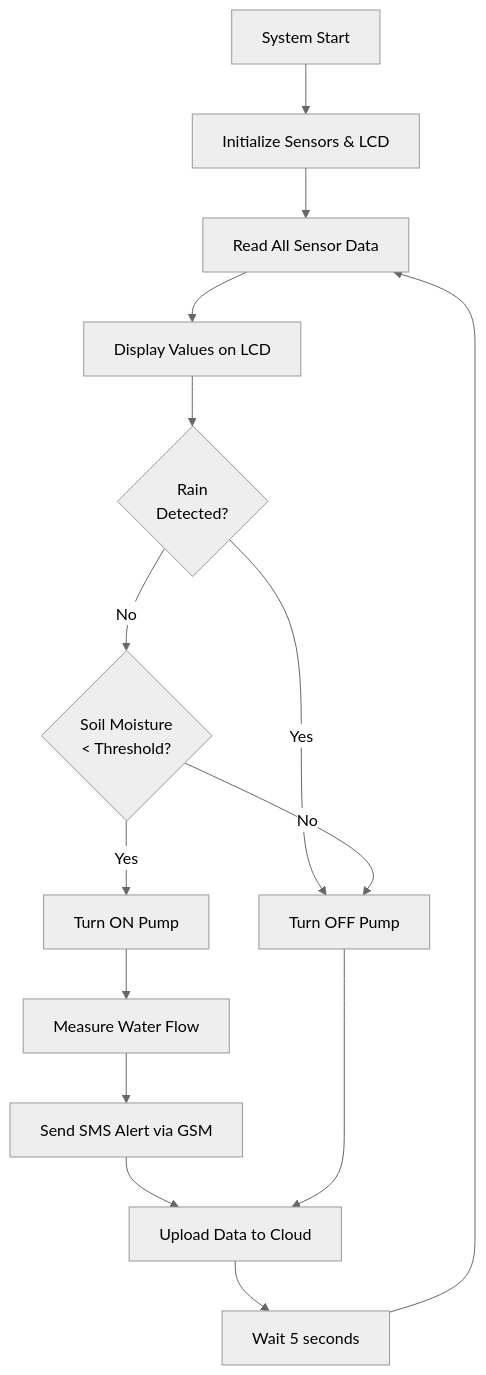
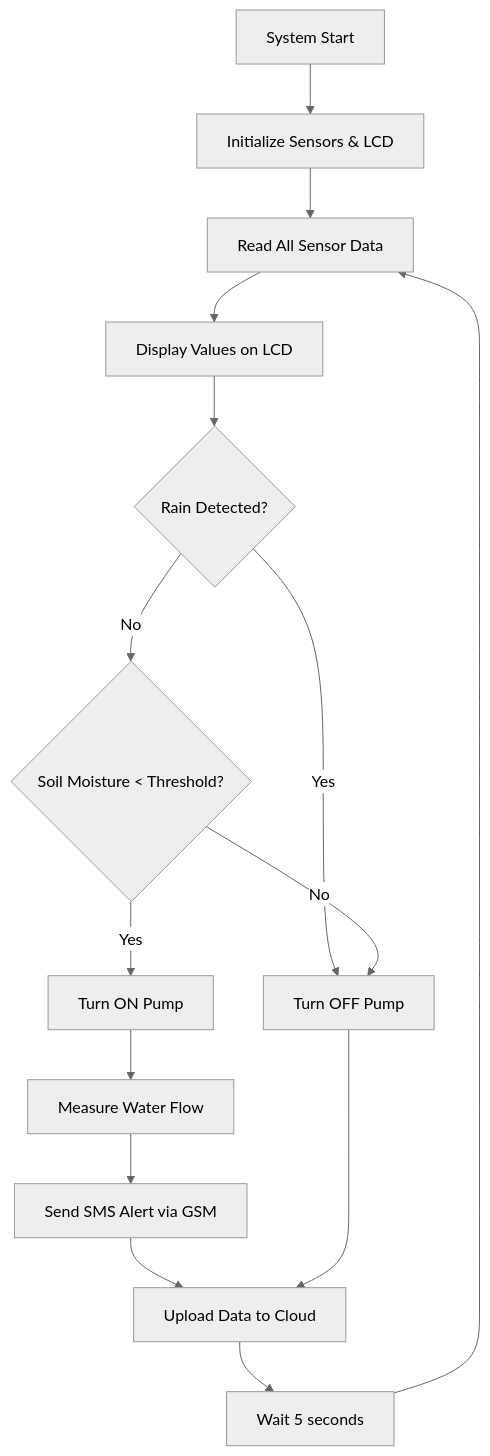
The second of 2 diagrams in README.md (anantsrivastava23/smart-irrigation-esp32), drawn with Mermaid (neutral theme) before and after one commit. The commit also changed other lines of this file, not shown here.

````diff
--- a/README.md
+++ b/README.md
@@ -66,17 +52,17 @@
 ```mermaid
 flowchart TD
     Start[System Start] --> Init[Initialize Sensors & LCD]
     Init --> Read[Read All Sensor Data]
     Read --> Display[Display Values on LCD]
-    Display --> Rain{Rain\nDetected?}
+    Display --> Rain{Rain Detected?}
     Rain -- Yes --> PumpOff[Turn OFF Pump]
-    Rain -- No --> Moist{Soil Moisture\n< Threshold?}
+    Rain -- No --> Moist{Soil Moisture < Threshold?}
     Moist -- Yes --> PumpOn[Turn ON Pump]
     Moist -- No --> PumpOff
     PumpOn --> Flow[Measure Water Flow]
     Flow --> SMS[Send SMS Alert via GSM]
     SMS --> Cloud[Upload Data to Cloud]
     PumpOff --> Cloud
     Cloud --> Delay[Wait 5 seconds]
     Delay --> Read
 ```
````
